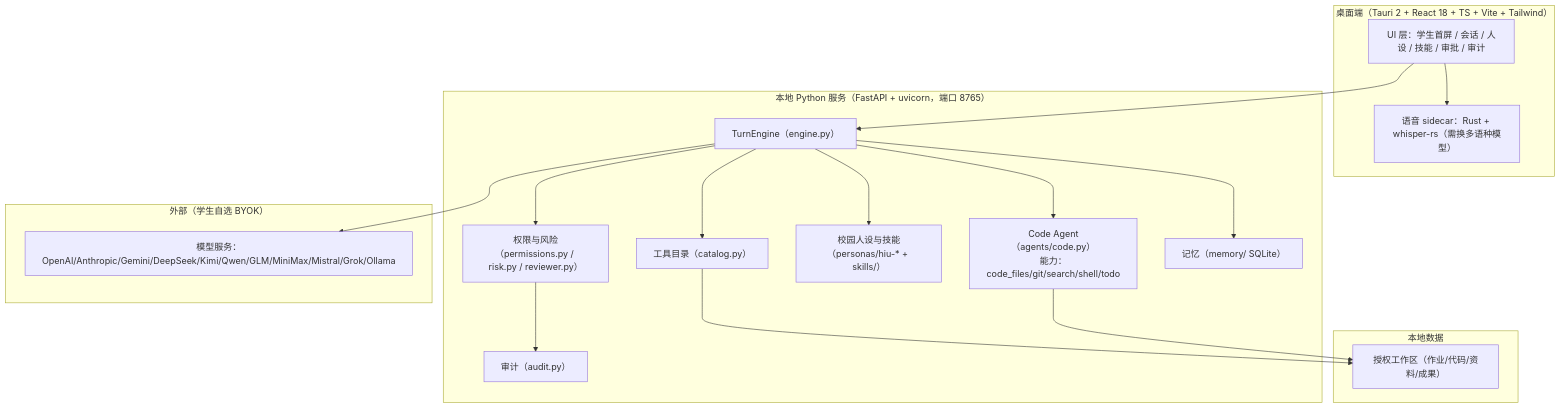
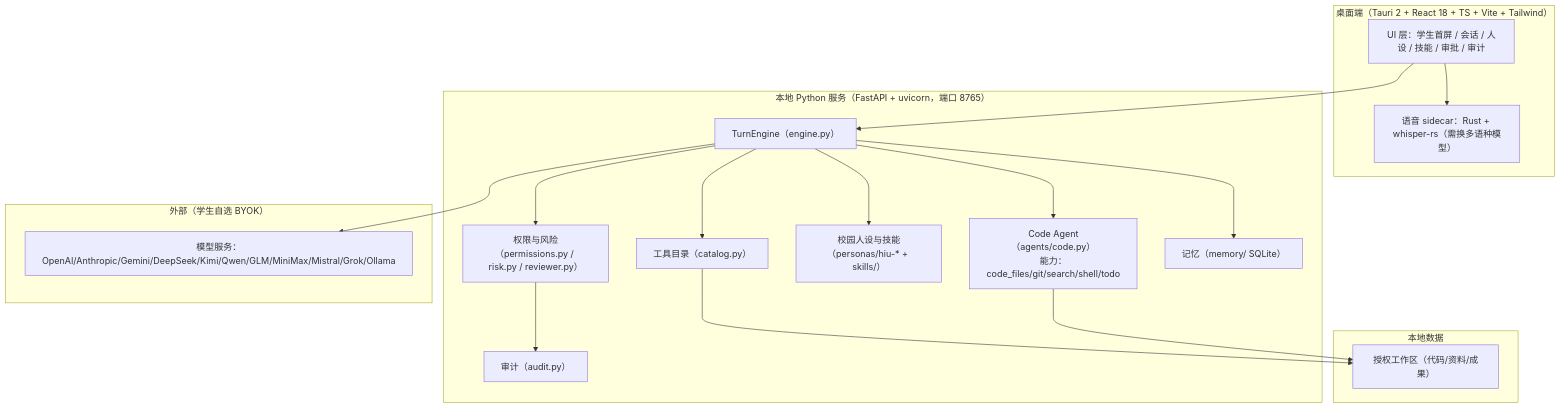
Before and after one commit to light-misty/Stealth-Study: the tenth of 11 diagrams in docs/PRD-龙外工作台.md, drawn with Mermaid. The commit also changed other lines of this file and 2 other files, not shown here.

````diff
--- a/docs/PRD-龙外工作台.md
+++ b/docs/PRD-龙外工作台.md
@@ -1085,33 +1114,33 @@
 ```mermaid
 graph TD
     subgraph Desktop["桌面端（Tauri 2 + React 18 + TS + Vite + Tailwind）"]
         UI["UI 层：学生首屏 / 会话 / 人设 / 技能 / 审批 / 审计"]
         STT["语音 sidecar：Rust + whisper-rs（需换多语种模型）"]
     end
     subgraph Server["本地 Python 服务（FastAPI + uvicorn，端口 8765）"]
         ENGINE["TurnEngine（engine.py）"]
         CODEAGENT["Code Agent（agents/code.py）<br/>能力：code_files/git/search/shell/todo"]
         PERM["权限与风险（permissions.py / risk.py / reviewer.py）"]
         PERSONA["校园人设与技能（personas/hiu-* + skills/）"]
         TOOLS["工具目录（catalog.py）"]
         MEM["记忆（memory/ SQLite）"]
         AUDIT["审计（audit.py）"]
     end
     subgraph Local["本地数据"]
-        WS["授权工作区（作业/代码/资料/成果）"]
+        WS["授权工作区（代码/资料/成果）"]
     end
     subgraph External["外部（学生自选 BYOK）"]
         MODEL["模型服务：OpenAI/Anthropic/Gemini/DeepSeek/Kimi/Qwen/GLM/MiniMax/Mistral/Grok/Ollama"]
     end
     UI --> ENGINE
     UI --> STT
     ENGINE --> PERM
     ENGINE --> CODEAGENT
     ENGINE --> PERSONA
     ENGINE --> TOOLS
     ENGINE --> MEM
     PERM --> AUDIT
     TOOLS --> WS
     CODEAGENT --> WS
     ENGINE --> MODEL
 ```
````
